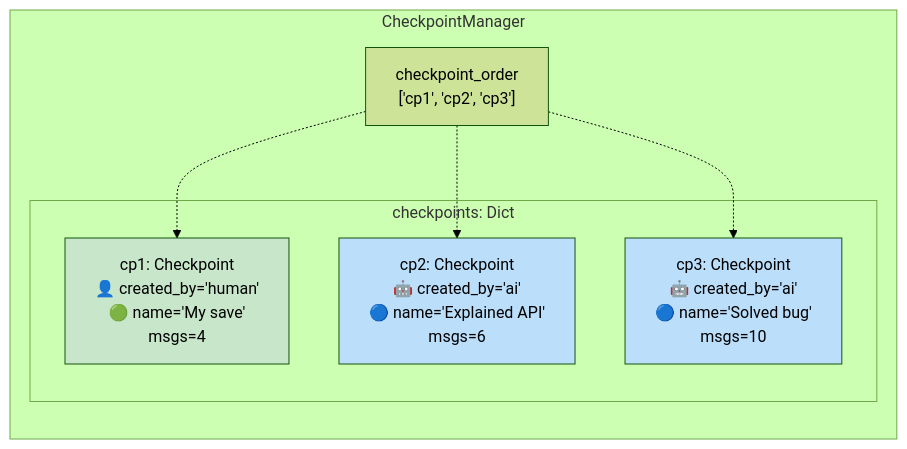
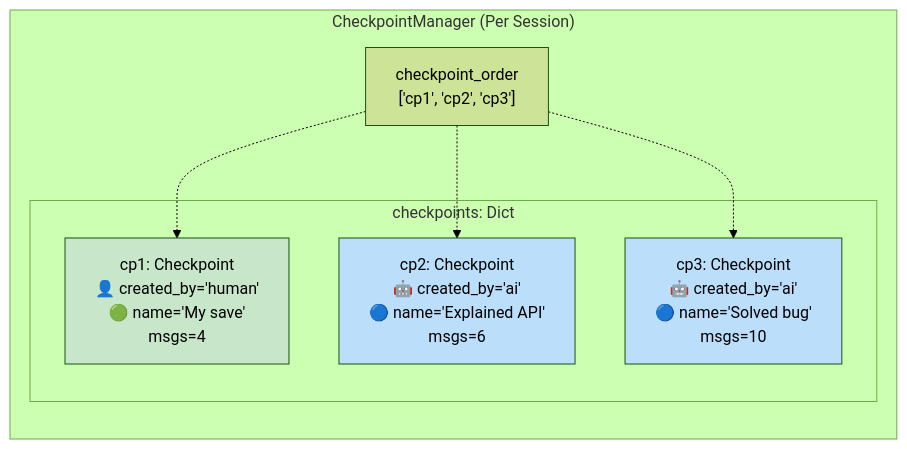
One commit to Panegyric0926/checkpoint changed the tenth of 24 diagrams in docs/TIME_TRAVEL.md. Above: the diagram before and after it, drawn with Mermaid (forest theme). The commit also changed other lines of this file and 3 other files, not shown here.

````diff
--- a/docs/TIME_TRAVEL.md
+++ b/docs/TIME_TRAVEL.md
@@ -402,20 +498,20 @@
 ```mermaid
 graph LR
-    subgraph CheckpointManager
+    subgraph CheckpointManager["CheckpointManager (Per Session)"]
         Order["checkpoint_order<br/>['cp1', 'cp2', 'cp3']"]
         
         subgraph Checkpoints["checkpoints: Dict"]
             CP1["cp1: Checkpoint<br/>👤 created_by='human'<br/>🟢 name='My save'<br/>msgs=4"]
             CP2["cp2: Checkpoint<br/>🤖 created_by='ai'<br/>🔵 name='Explained API'<br/>msgs=6"]
             CP3["cp3: Checkpoint<br/>🤖 created_by='ai'<br/>🔵 name='Solved bug'<br/>msgs=10"]
         end
     end
     
     Order -.-> CP1
     Order -.-> CP2
     Order -.-> CP3
     
     style CP1 fill:#c8e6c9
     style CP2 fill:#bbdefb
     style CP3 fill:#bbdefb
 ```
````
